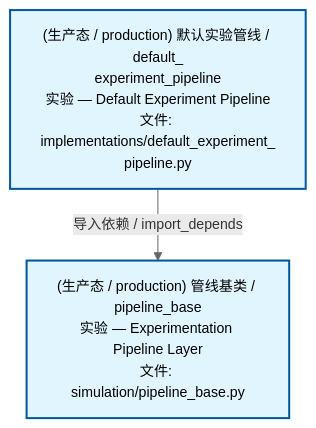
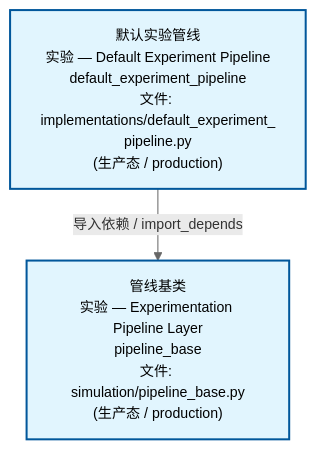
One commit to xuanFelixVan/ZephyrAlpha changed the second of 4 diagrams in docs/02_enterprise_architecture/02_domain_architecture_docs/70_d_simulation.md. Above: the diagram before and after it, drawn with Mermaid. The commit also changed other lines of this file and 62 other files, not shown here.

````diff
--- a/docs/02_enterprise_architecture/02_domain_architecture_docs/70_d_simulation.md
+++ b/docs/02_enterprise_architecture/02_domain_architecture_docs/70_d_simulation.md
@@ -95,12 +95,12 @@
 ```mermaid
 %%{init: {'theme': 'base', 'themeVariables': {'primaryColor': '#eaeaea', 'primaryTextColor': '#333333', 'primaryBorderColor': '#666666', 'lineColor': '#666666', 'secondaryColor': '#eaeaea', 'tertiaryColor': '#eaeaea', 'fontSize': '14px'}}}%%
 flowchart TD
-    src_zephyr_simulation_implementations_default_experiment_pipeline_py["(生产态 / production) 默认实验管线 / default_<br/>experiment_pipeline<br/>实验 — Default Experiment Pipeline<br/>文件: implementations/default_experiment_<br/>pipeline.py"]
-    src_zephyr_simulation_pipeline_base_py["(生产态 / production) 管线基类 / pipeline_base<br/>实验 — Experimentation Pipeline Layer<br/>文件: simulation/pipeline_base.py"]
+    src_zephyr_simulation_implementations_default_experiment_pipeline_py["默认实验管线<br/>实验 — Default Experiment Pipeline<br/>default_experiment_pipeline<br/>文件: implementations/default_experiment_<br/>pipeline.py<br/>(生产态 / production)"]
+    src_zephyr_simulation_pipeline_base_py["管线基类<br/>实验 — Experimentation Pipeline Layer<br/>pipeline_base<br/>文件: simulation/pipeline_base.py<br/>(生产态 / production)"]
     src_zephyr_simulation_implementations_default_experiment_pipeline_py -->|导入依赖 / import_depends| src_zephyr_simulation_pipeline_base_py
     classDef production fill:#e1f5fe,stroke:#01579b,stroke-width:2px,color:#000
     classDef design fill:#fff3e0,stroke:#e65100,stroke-width:2px,color:#000,stroke-dasharray: 5 5
     classDef external_prod fill:#e8f4fd,stroke:#0277bd,stroke-width:1px,color:#000
     classDef external_design fill:#fff8e7,stroke:#ef6c00,stroke-width:1px,color:#000,stroke-dasharray: 5 5
     class src_zephyr_simulation_implementations_default_experiment_pipeline_py,src_zephyr_simulation_pipeline_base_py production
 ```
````
